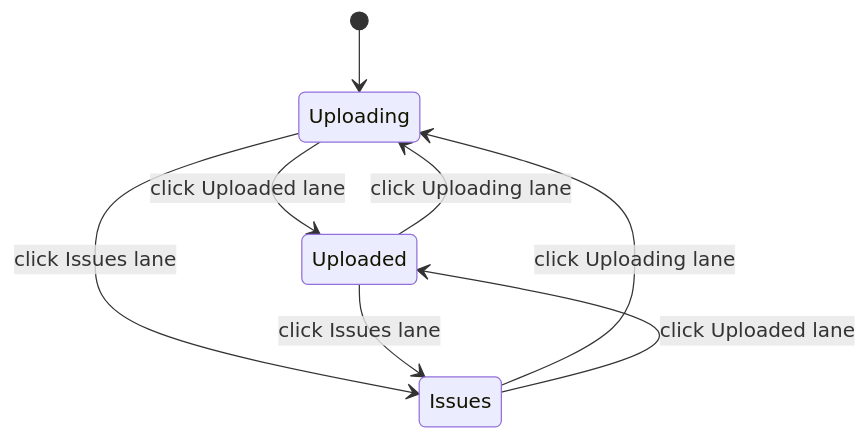
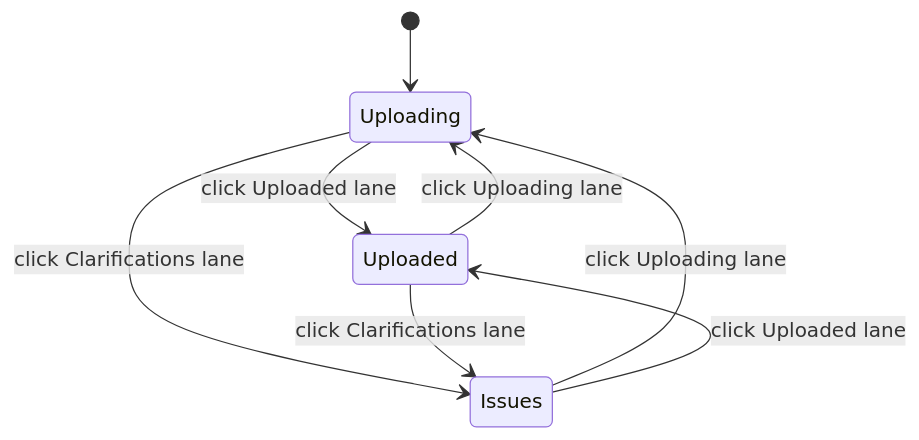
Before and after one commit to matkleve/feldpost: the fifth of 9 diagrams in docs/use-cases/UC-019-upload-panel.md, drawn with Mermaid. The commit also changed other lines of this file and 55 other files, not shown here.

First line of the commit message:
refactor: rename the upload lane from issues to clarifications

````diff
--- a/docs/use-cases/UC-019-upload-panel.md
+++ b/docs/use-cases/UC-019-upload-panel.md
@@ -128,10 +128,10 @@
 ```mermaid
 stateDiagram-v2
   [*] --> Uploading
   Uploading --> Uploaded: click Uploaded lane
-  Uploading --> Issues: click Issues lane
+  Uploading --> Issues: click Clarifications lane
   Uploaded --> Uploading: click Uploading lane
-  Uploaded --> Issues: click Issues lane
+  Uploaded --> Issues: click Clarifications lane
   Issues --> Uploading: click Uploading lane
   Issues --> Uploaded: click Uploaded lane
 ```
````
